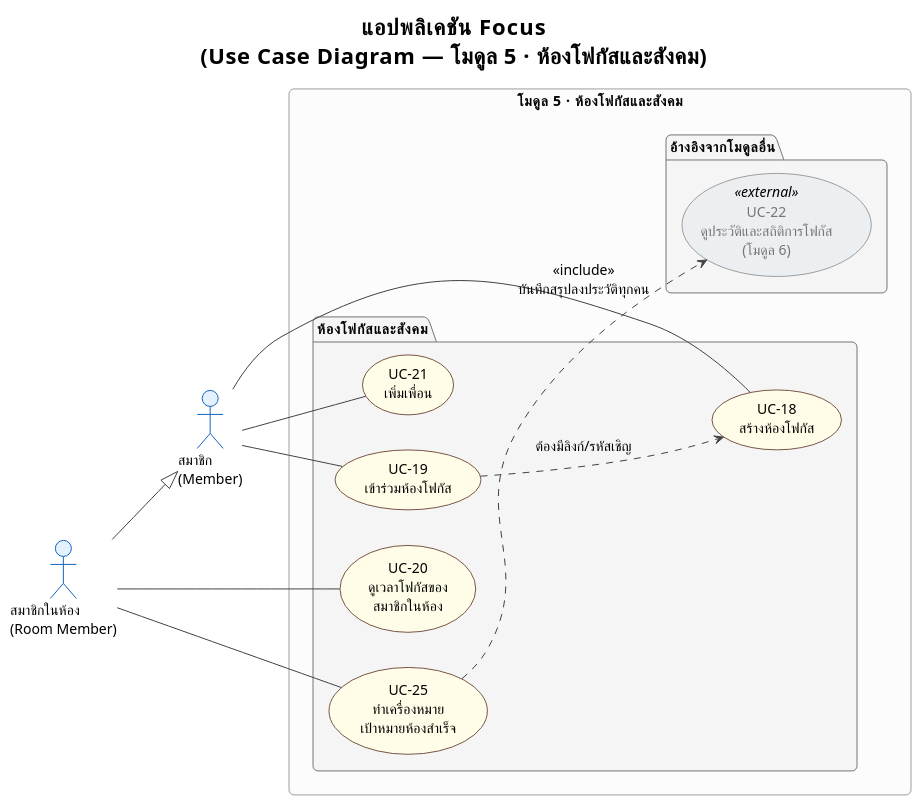
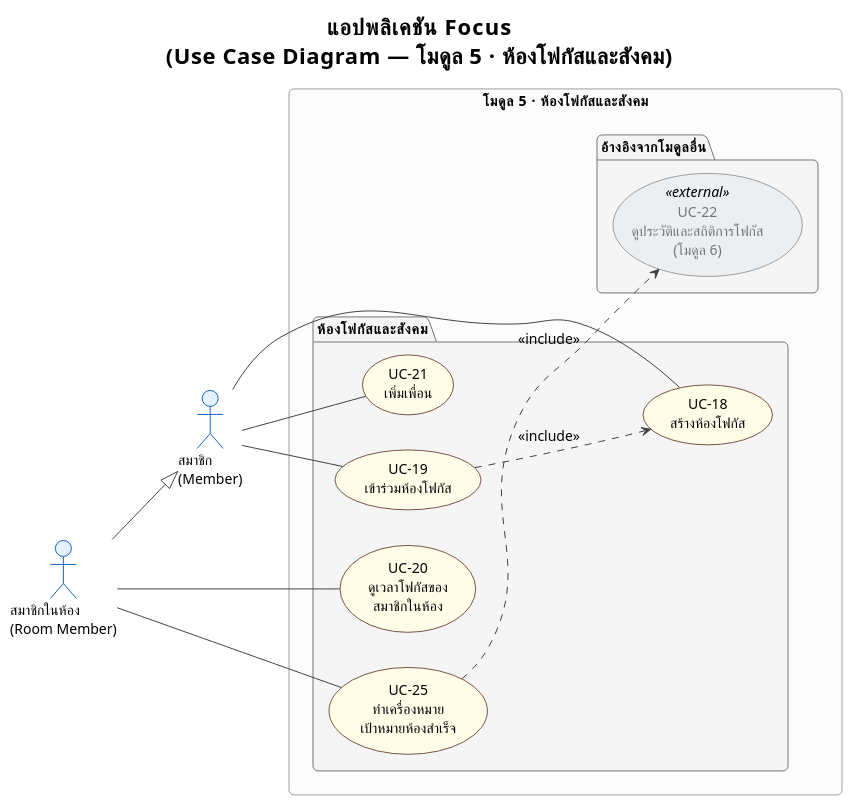
Before and after one commit to popotaroman-cloud/dssiprj-pad: the diagram in proposal/usecase/usecase_module5.puml, drawn with PlantUML. The commit also changed 7 other files, not shown here.

```diff
--- a/proposal/usecase/usecase_module5.puml
+++ b/proposal/usecase/usecase_module5.puml
@@ -4,64 +4,63 @@
 @startuml usecase_module5
 !theme plain
 skinparam defaultFontName TH Sarabun New
 skinparam defaultFontSize 14
 skinparam roundcorner 10
 
 skinparam usecase {
   BackgroundColor #FFFDE7
   BorderColor #795548
 }
 skinparam usecase<<external>> {
   BackgroundColor #ECEFF1
   BorderColor #9E9E9E
   FontColor #757575
 }
 skinparam actor {
   BackgroundColor #E3F2FD
   BorderColor #1565C0
 }
 skinparam package {
   BackgroundColor #F5F5F5
   BorderColor #757575
   FontStyle bold
 }
 skinparam rectangle {
   BackgroundColor #FCFCFC
   BorderColor #9E9E9E
 }
 skinparam ArrowColor #424242
 
 title <b>แอปพลิเคชัน Focus</b>\n(Use Case Diagram — โมดูล 5 · ห้องโฟกัสและสังคม)
 
 left to right direction
 
 actor "สมาชิก\n(Member)" as Member
 actor "สมาชิกในห้อง\n(Room Member)" as RoomMember
 
 rectangle "โมดูล 5 · ห้องโฟกัสและสังคม" {
   package "ห้องโฟกัสและสังคม" {
     usecase "UC-18\nสร้างห้องโฟกัส" as UC18
     usecase "UC-19\nเข้าร่วมห้องโฟกัส" as UC19
     usecase "UC-20\nดูเวลาโฟกัสของ\nสมาชิกในห้อง" as UC20
     usecase "UC-21\nเพิ่มเพื่อน" as UC21
     usecase "UC-25\nทำเครื่องหมาย\nเป้าหมายห้องสำเร็จ" as UC25
   }
 
   package "อ้างอิงจากโมดูลอื่น" {
     usecase "UC-22\nดูประวัติและสถิติการโฟกัส\n(โมดูล 6)" as UC22 <<external>>
   }
 }
 
 ' ===== Actor generalization: Room Member เป็นสมาชิกที่กำลังอยู่ในห้อง =====
 RoomMember --|> Member
 
 Member -- UC18
 Member -- UC19
 Member -- UC21
 RoomMember -- UC20
 RoomMember -- UC25
 
-UC19 ..> UC18 : ต้องมีลิงก์/รหัสเชิญ
-UC25 ..> UC22 : <<include>>\nบันทึกสรุปลงประวัติทุกคน
-
+UC19 ..> UC18 : <<include>>
+UC25 ..> UC22 : <<include>>
 @enduml
```
